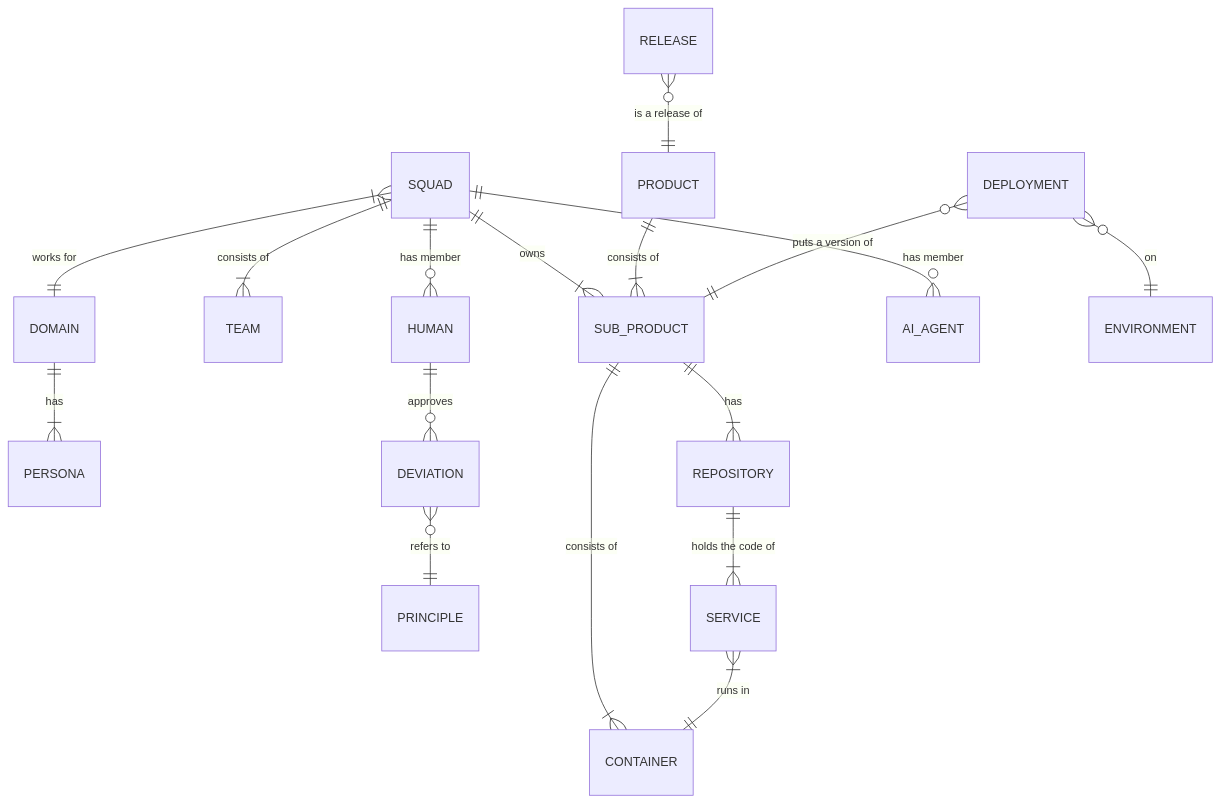
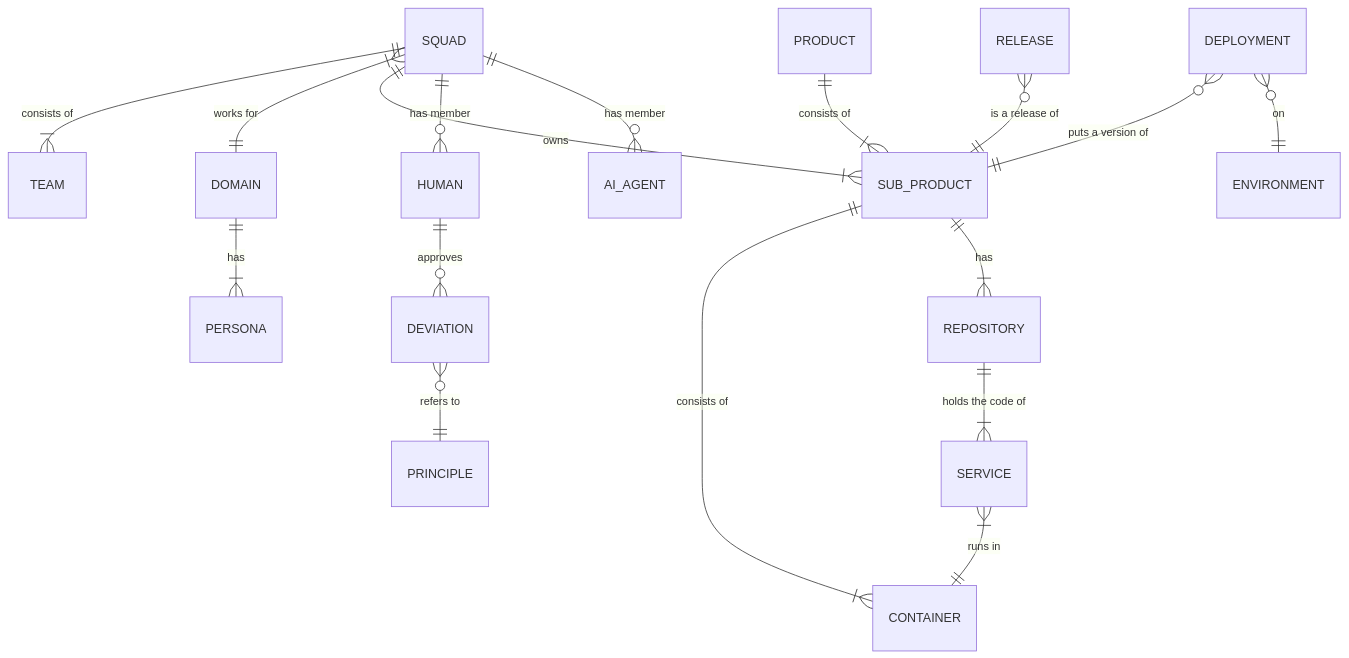
One commit to fcd-labs/fcd changed the diagram in src/content/docs/en/model.md. Above: the diagram before and after it, drawn with Mermaid. The commit also changed other lines of this file and 38 other files, not shown here.

First line of the commit message:
Site: flow waarom-wat-hoe, drie showcases, releasen per deelproduct

````diff
--- a/src/content/docs/en/model.md
+++ b/src/content/docs/en/model.md
@@ -104,19 +48,19 @@
 ```mermaid
 erDiagram
     DOMAIN ||--|{ PERSONA : "has"
     SQUAD ||--|{ TEAM : "consists of"
     SQUAD }|--|| DOMAIN : "works for"
     DEVIATION }o--|| PRINCIPLE : "refers to"
     SQUAD ||--|{ SUB_PRODUCT : "owns"
     PRODUCT ||--|{ SUB_PRODUCT : "consists of"
     SUB_PRODUCT ||--|{ CONTAINER : "consists of"
     SERVICE }|--|| CONTAINER : "runs in"
     SQUAD ||--o{ HUMAN : "has member"
     SQUAD ||--o{ AI_AGENT : "has member"
     HUMAN ||--o{ DEVIATION : "approves"
     SUB_PRODUCT ||--|{ REPOSITORY : "has"
     REPOSITORY ||--|{ SERVICE : "holds the code of"
     DEPLOYMENT }o--|| SUB_PRODUCT : "puts a version of"
     DEPLOYMENT }o--|| ENVIRONMENT : "on"
-    RELEASE }o--|| PRODUCT : "is a release of"
+    RELEASE }o--|| SUB_PRODUCT : "is a release of"
 ```
````
